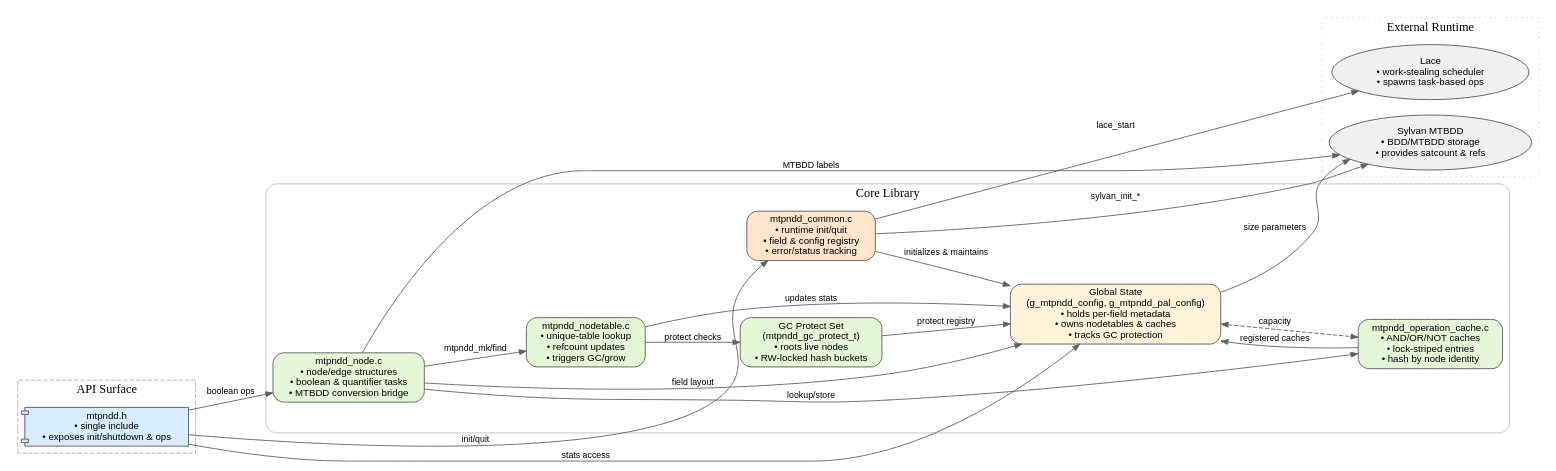
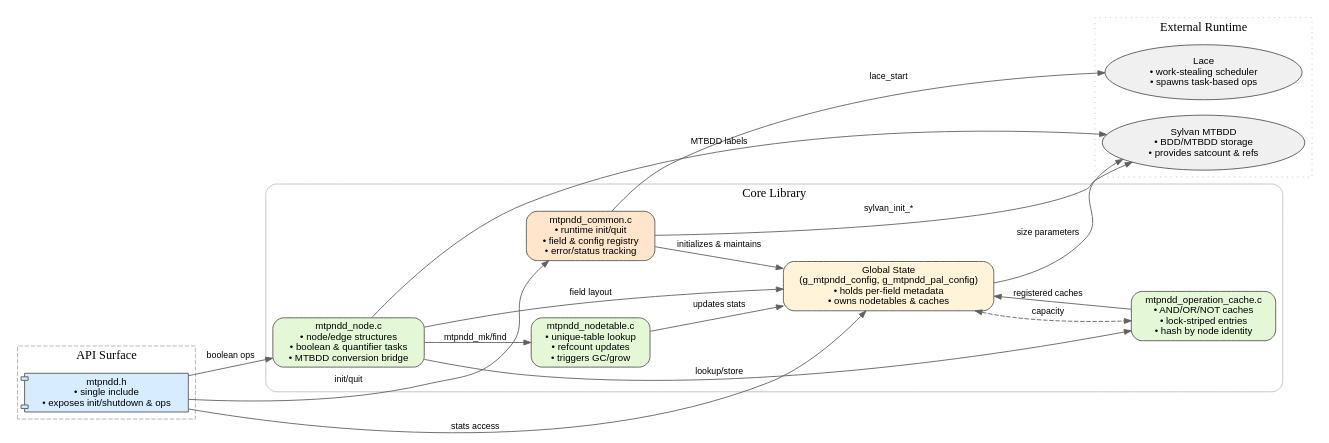
Before and after one commit to Augists/MTPNDD: the diagram in docs/mtpndd_architecture.dot, drawn with Graphviz. The commit also changed 13 other files, not shown here.

```diff
--- a/docs/mtpndd_architecture.dot
+++ b/docs/mtpndd_architecture.dot
@@ -1,57 +1,52 @@
 digraph MTPNDD {
     rankdir=LR;
     splines=true;
     bgcolor="white";
     node [shape=box, style="rounded,filled", fillcolor="#f7f7f7", color="#555555", fontname="Helvetica", fontsize=11];
     edge [color="#606060", fontname="Helvetica", fontsize=10, arrowsize=0.8];
 
     subgraph cluster_api {
         label="API Surface";
         style="dashed";
         color="#b0b0b0";
         api [label="mtpndd.h\n• single include\n• exposes init/shutdown & ops", shape=component, fillcolor="#d7ecff"];
     }
 
     subgraph cluster_core {
         label="Core Library";
         style="rounded";
         color="#c0c0c0";
         common [label="mtpndd_common.c\n• runtime init/quit\n• field & config registry\n• error/status tracking", fillcolor="#ffe5cc"];
-        config [label="Global State\n(g_mtpndd_config, g_mtpndd_pal_config)\n• holds per-field metadata\n• owns nodetables & caches\n• tracks GC protection", fillcolor="#fff4d9"];
+        config [label="Global State\n(g_mtpndd_config, g_mtpndd_pal_config)\n• holds per-field metadata\n• owns nodetables & caches", fillcolor="#fff4d9"];
         node_ops [label="mtpndd_node.c\n• node/edge structures\n• boolean & quantifier tasks\n• MTBDD conversion bridge", fillcolor="#e4f7d7"];
         nodetable [label="mtpndd_nodetable.c\n• unique-table lookup\n• refcount updates\n• triggers GC/grow", fillcolor="#e4f7d7"];
         cache [label="mtpndd_operation_cache.c\n• AND/OR/NOT caches\n• lock-striped entries\n• hash by node identity", fillcolor="#e4f7d7"];
-        gc [label="GC Protect Set\n(mtpndd_gc_protect_t)\n• roots live nodes\n• RW-locked hash buckets", fillcolor="#e4f7d7"];
     }
 
     subgraph cluster_runtime {
         label="External Runtime";
         style="dotted";
         color="#bcbcbc";
         lace [label="Lace\n• work-stealing scheduler\n• spawns task-based ops", shape=ellipse, fillcolor="#f0f0f0"];
         sylvan [label="Sylvan MTBDD\n• BDD/MTBDD storage\n• provides satcount & refs", shape=ellipse, fillcolor="#f0f0f0"];
     }
 
     api -> common [label="init/quit" weight=2];
     api -> node_ops [label="boolean ops" weight=2];
     api -> config [label="stats access"];
 
     common -> config [label="initializes & maintains" weight=2];
     common -> lace [label="lace_start" minlen=2];
     common -> sylvan [label="sylvan_init_*" minlen=2];
 
     node_ops -> nodetable [label="mtpndd_mk/find" weight=2];
     node_ops -> cache [label="lookup/store"];
     node_ops -> sylvan [label="MTBDD labels" minlen=2];
     node_ops -> config [label="field layout"];
 
     nodetable -> config [label="updates stats"];
-    nodetable -> gc [label="protect checks"];
-
     cache -> config [label="registered caches"];
-
-    gc -> config [label="protect registry"];
 
     config -> sylvan [label="size parameters"];
     config -> cache [label="capacity" dir="both" style="dashed"];
 }
```
